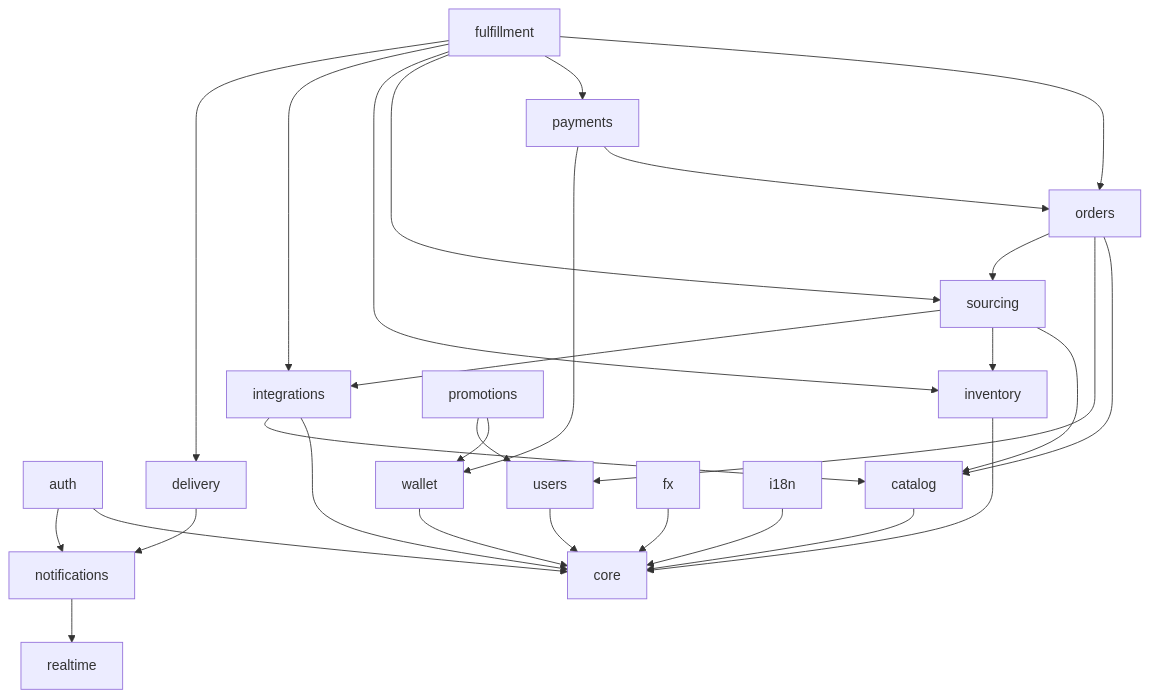
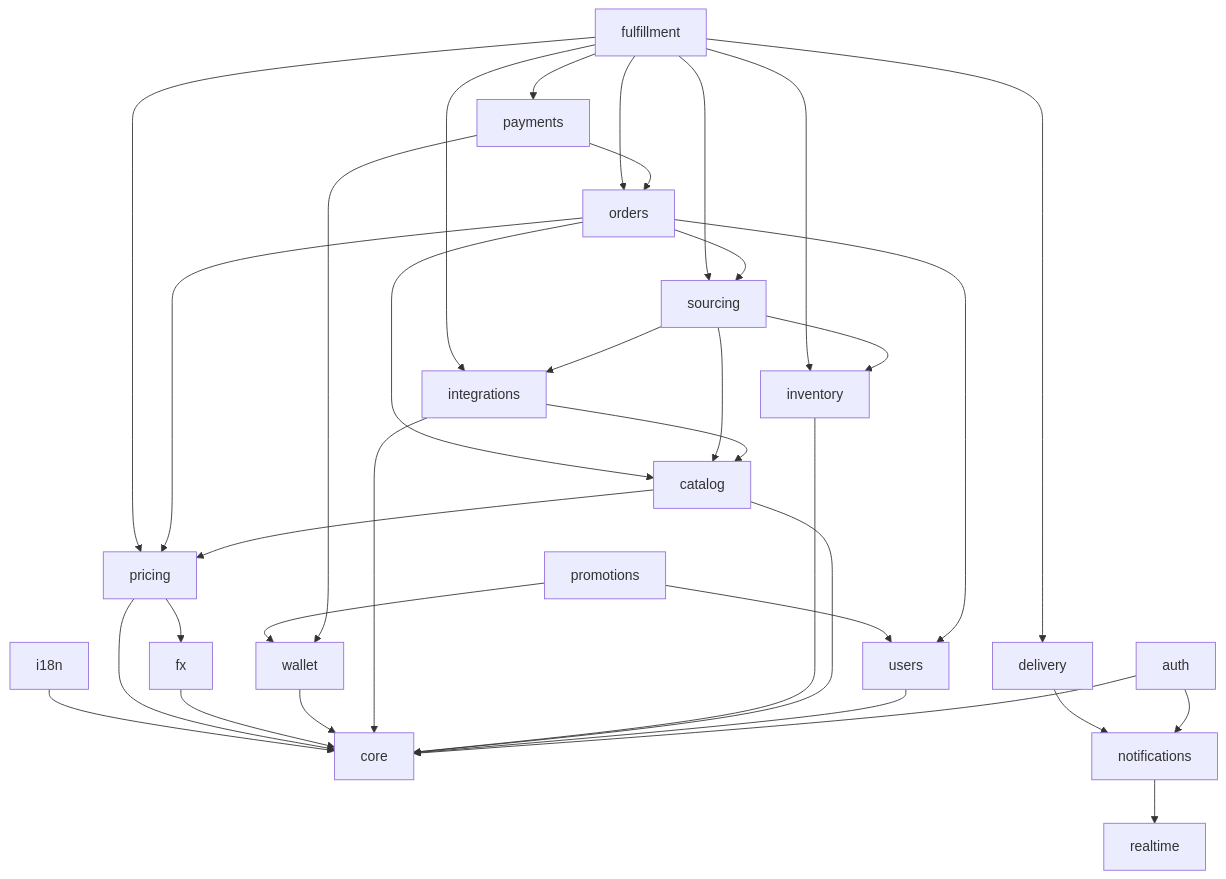
One commit to jamaomonov/yupay changed the diagram in docs/architecture/module-map.md. Above: the diagram before and after it, drawn with Mermaid. The commit also changed other lines of this file and 3 other files, not shown here.

````diff
--- a/docs/architecture/module-map.md
+++ b/docs/architecture/module-map.md
@@ -31,31 +32,36 @@
 ```mermaid
 flowchart TB
     auth --> core
     auth --> notifications
     users --> core
     catalog --> core
     inventory --> core
     integrations --> core
     integrations --> catalog
     sourcing --> catalog
     sourcing --> inventory
     sourcing --> integrations
     orders --> catalog
     orders --> users
     orders --> sourcing
     payments --> orders
     payments --> wallet
     wallet --> core
     promotions --> wallet
     promotions --> users
     fulfillment --> orders
     fulfillment --> payments
     fulfillment --> sourcing
     fulfillment --> inventory
     fulfillment --> integrations
     fulfillment --> delivery
     delivery --> notifications
     notifications --> realtime
     fx --> core
+    pricing --> core
+    pricing --> fx
+    catalog --> pricing
+    orders --> pricing
+    fulfillment --> pricing
     i18n --> core
 ```
````
